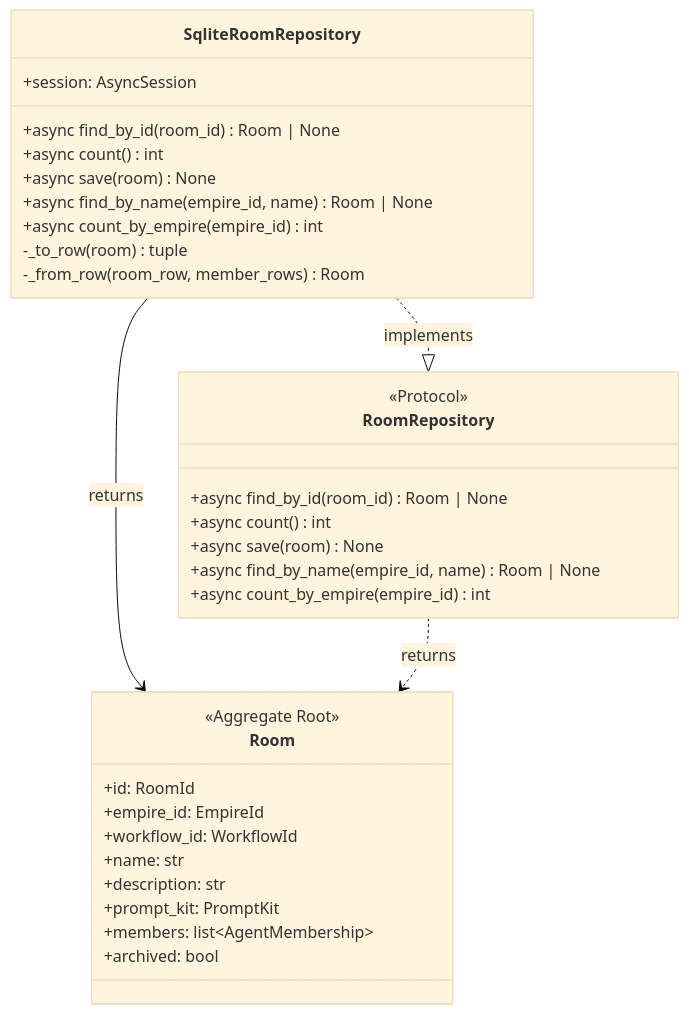
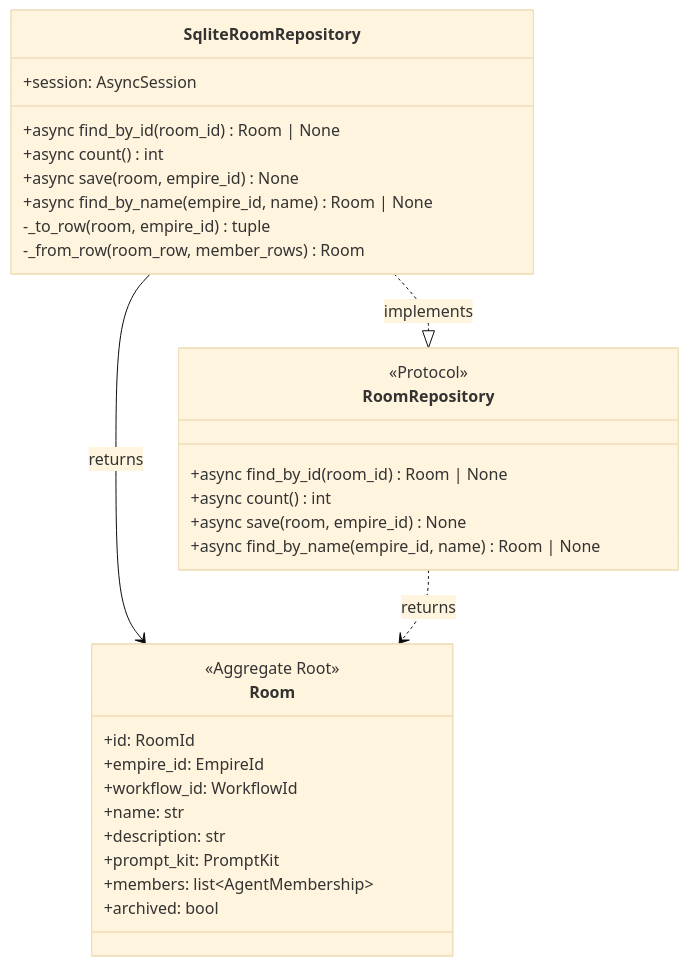
One commit to bakufu-dev/bakufu changed the first of 3 diagrams in docs/features/room-repository/basic-design.md. Above: the diagram before and after it, drawn with Mermaid (base theme). The commit also changed other lines of this file and 6 other files, not shown here.

````diff
--- a/docs/features/room-repository/basic-design.md
+++ b/docs/features/room-repository/basic-design.md
@@ -74,36 +74,34 @@
 ```mermaid
 classDiagram
     class RoomRepository {
         <<Protocol>>
         +async find_by_id(room_id) Room | None
         +async count() int
-        +async save(room) None
+        +async save(room, empire_id) None
         +async find_by_name(empire_id, name) Room | None
-        +async count_by_empire(empire_id) int
     }
     class SqliteRoomRepository {
         +session: AsyncSession
         +async find_by_id(room_id) Room | None
         +async count() int
-        +async save(room) None
+        +async save(room, empire_id) None
         +async find_by_name(empire_id, name) Room | None
-        +async count_by_empire(empire_id) int
-        -_to_row(room) tuple
+        -_to_row(room, empire_id) tuple
         -_from_row(room_row, member_rows) Room
     }
     class Room {
         <<Aggregate Root>>
         +id: RoomId
         +empire_id: EmpireId
         +workflow_id: WorkflowId
         +name: str
         +description: str
         +prompt_kit: PromptKit
         +members: list~AgentMembership~
         +archived: bool
     }
 
     SqliteRoomRepository ..|> RoomRepository : implements
     SqliteRoomRepository --> Room : returns
     RoomRepository ..> Room : returns
 ```
````
